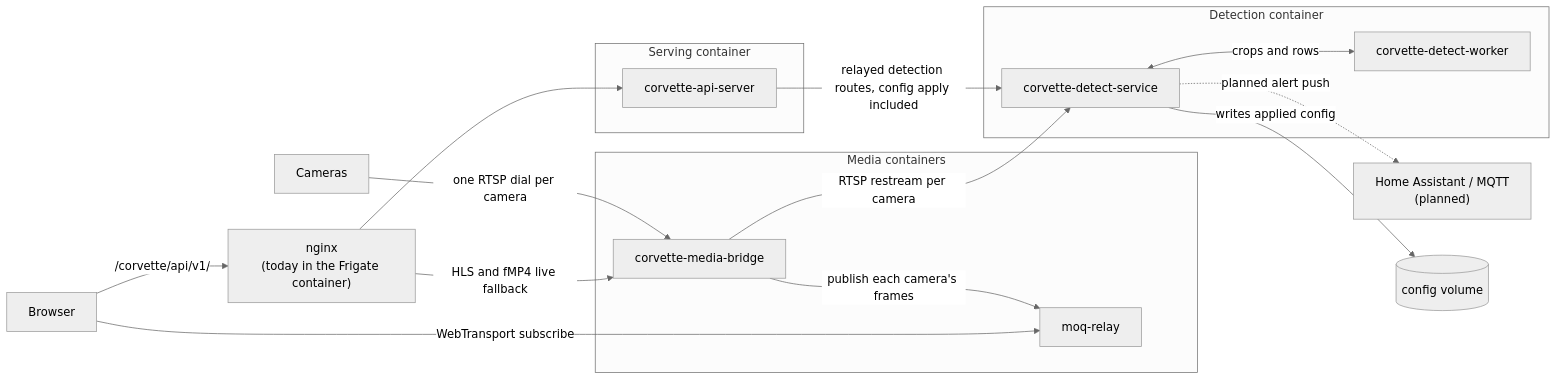
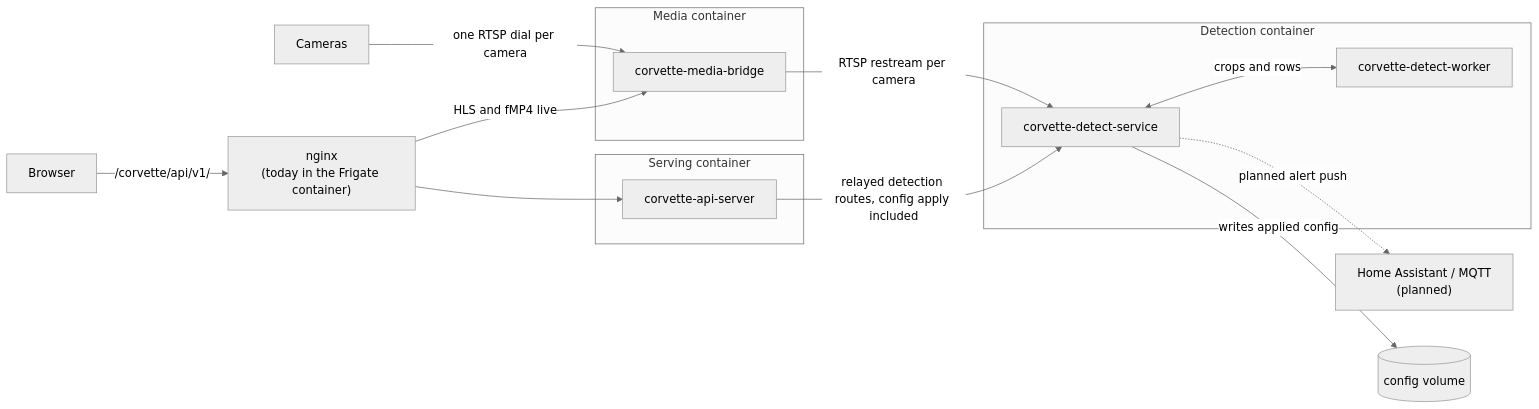
One commit to cvandesande/corvette changed the first of 5 diagrams in docs/design/architecture.md. Above: the diagram before and after it, drawn with Mermaid (neutral theme). The commit also changed other lines of this file and 1 other file, not shown here.

First line of the commit message:
Update the design documents for the removed MoQ live path

````diff
--- a/docs/design/architecture.md
+++ b/docs/design/architecture.md
@@ -78,30 +77,27 @@
 ```mermaid
 flowchart LR
     cams["Cameras"]
     browser["Browser"]
     ha["Home Assistant / MQTT<br/>(planned)"]
     nginx["nginx<br/>(today in the Frigate container)"]
     cfg[("config volume")]
     subgraph serving["Serving container"]
         api["corvette-api-server"]
     end
-    subgraph media["Media containers"]
-        relay["moq-relay"]
+    subgraph media["Media container"]
         bridge["corvette-media-bridge"]
     end
     subgraph detection["Detection container"]
         dsvc["corvette-detect-service"]
         dworker["corvette-detect-worker"]
     end
     cams -->|"one RTSP dial per camera"| bridge
-    bridge -->|"publish each camera's frames"| relay
-    browser -->|"WebTransport subscribe"| relay
     browser -->|"/corvette/api/v1/"| nginx
     nginx --> api
-    nginx -->|"HLS and fMP4 live fallback"| bridge
+    nginx -->|"HLS and fMP4 live"| bridge
     bridge -->|"RTSP restream per camera"| dsvc
     dsvc <-->|"crops and rows"| dworker
     api -->|"relayed detection routes, config apply included"| dsvc
     dsvc -->|"writes applied config"| cfg
     dsvc -.->|"planned alert push"| ha
 ```
````
